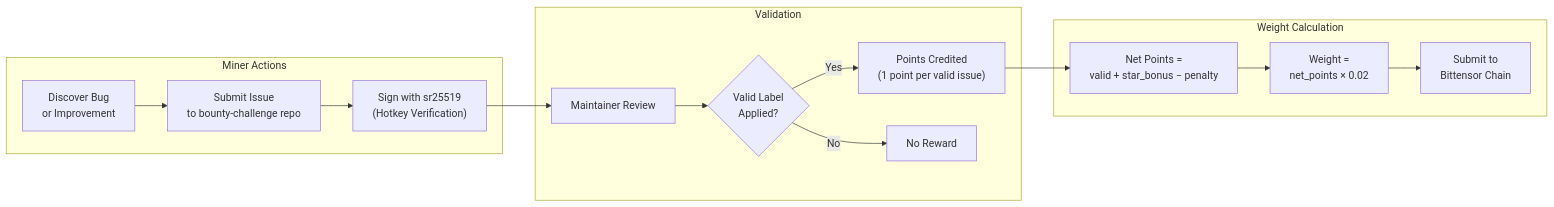
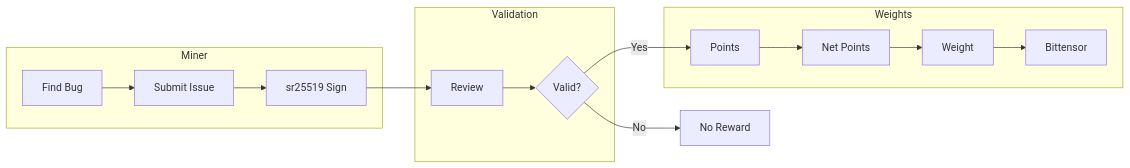
One commit to PlatformNetwork/roadmap changed the seventh of 13 diagrams in README.md. Above: the diagram before and after it, drawn with Mermaid. The commit also changed other lines of this file, not shown here.

Commit message:
style: simplify mermaid labels, move Data Fabrication to Q2

````diff
--- a/README.md
+++ b/README.md
@@ -205,25 +199,18 @@
 ```mermaid
 flowchart LR
-    subgraph Miner Actions
-        Discover["Discover Bug\nor Improvement"]
-        Submit["Submit Issue\nto bounty-challenge repo"]
-        Sign["Sign with sr25519\n(Hotkey Verification)"]
+    subgraph Miner
+        Discover["Find Bug"] --> Submit["Submit Issue"] --> Sign["sr25519 Sign"]
     end
 
     subgraph Validation
-        Review["Maintainer Review"]
-        Label{"Valid Label\nApplied?"}
-        Score["Points Credited\n(1 point per valid issue)"]
-        Reject["No Reward"]
+        Review["Review"] --> Label{"Valid?"}
     end
 
-    subgraph Weight Calculation
-        Net["Net Points =\nvalid + star_bonus − penalty"]
-        Weight["Weight =\nnet_points × 0.02"]
-        Chain["Submit to\nBittensor Chain"]
+    subgraph Weights
+        Score["Points"] --> Net["Net Points"] --> Weight["Weight"] --> Chain["Bittensor"]
     end
 
-    Discover --> Submit --> Sign --> Review --> Label
-    Label -->|Yes| Score --> Net --> Weight --> Chain
-    Label -->|No| Reject
+    Sign --> Review
+    Label -->|Yes| Score
+    Label -->|No| Reject["No Reward"]
 ```
````
